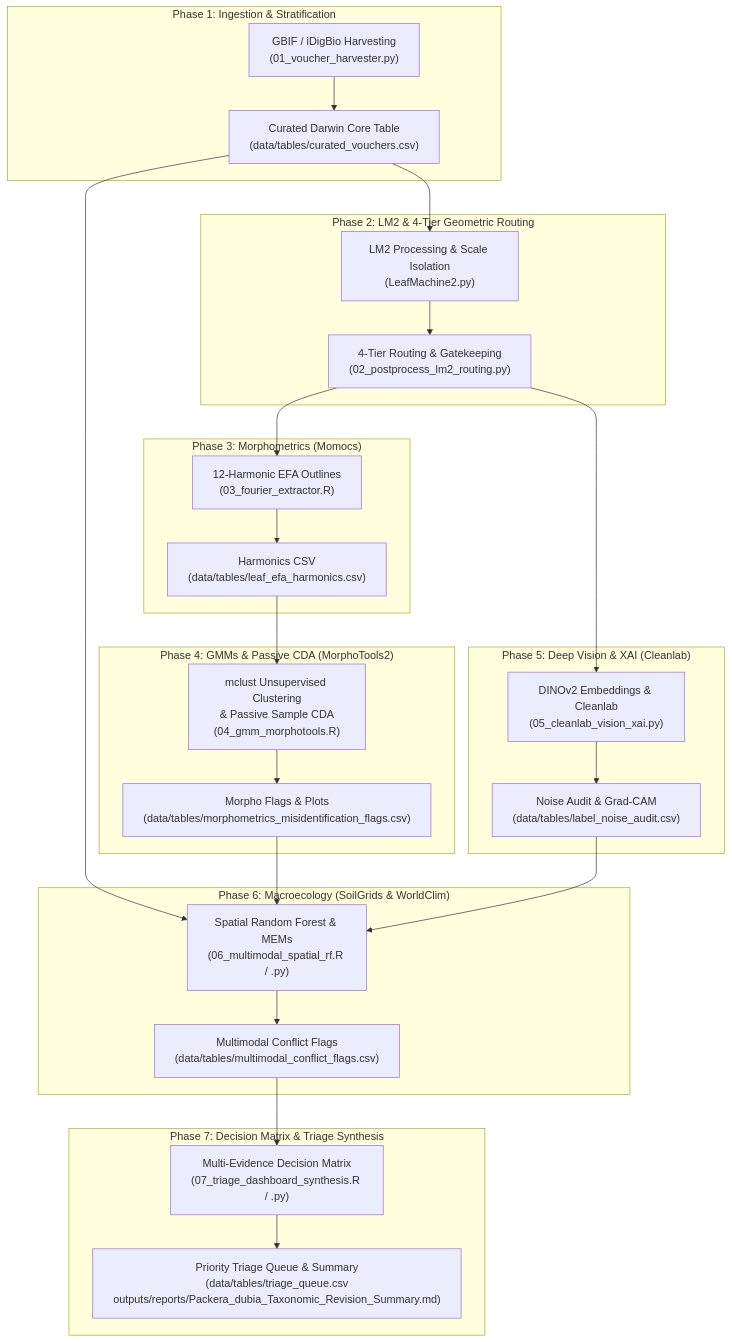
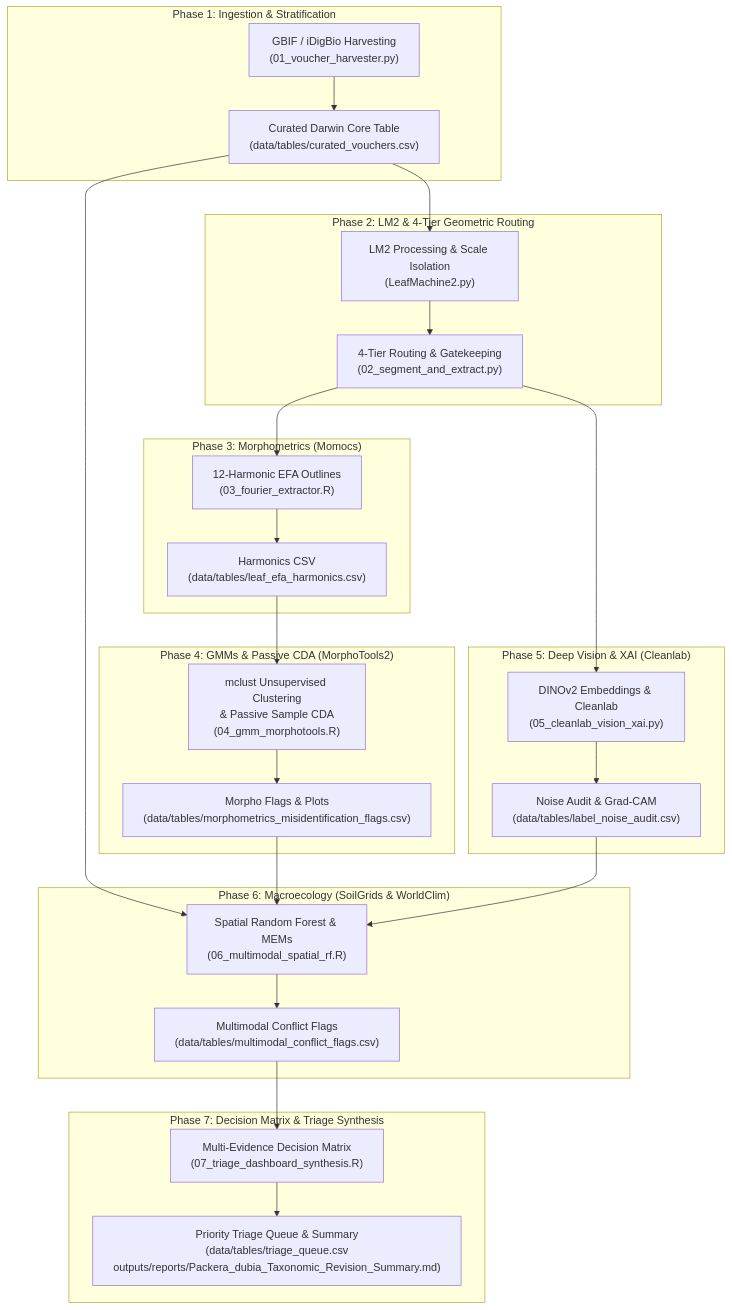
The diagram in docs/WORKFLOW_GUIDE.md (Plantatsrophe/Packera_dubia_morphometrics), drawn with Mermaid before and after one commit. The commit also changed other lines of this file and 3 other files, not shown here.

Commit message:
refactor: restructure repository scripts and documentation to support geometric calibration, phenology classification, and multi-evidence synthesis workflows

````diff
--- a/docs/WORKFLOW_GUIDE.md
+++ b/docs/WORKFLOW_GUIDE.md
@@ -111,36 +112,36 @@
 ```mermaid
 flowchart TD
     subgraph P1["Phase 1: Ingestion & Stratification"]
         A["GBIF / iDigBio Harvesting\n(01_voucher_harvester.py)"] --> B["Curated Darwin Core Table\n(data/tables/curated_vouchers.csv)"]
     end
 
     subgraph P2["Phase 2: LM2 & 4-Tier Geometric Routing"]
         B --> C["LM2 Processing & Scale Isolation\n(LeafMachine2.py)"]
-        C --> D["4-Tier Routing & Gatekeeping\n(02_postprocess_lm2_routing.py)"]
+        C --> D["4-Tier Routing & Gatekeeping\n(02_segment_and_extract.py)"]
     end
 
     subgraph P3["Phase 3: Morphometrics (Momocs)"]
         D --> E["12-Harmonic EFA Outlines\n(03_fourier_extractor.R)"]
         E --> F["Harmonics CSV\n(data/tables/leaf_efa_harmonics.csv)"]
     end
 
     subgraph P4["Phase 4: GMMs & Passive CDA (MorphoTools2)"]
         F --> G["mclust Unsupervised Clustering\n& Passive Sample CDA\n(04_gmm_morphotools.R)"]
         G --> H["Morpho Flags & Plots\n(data/tables/morphometrics_misidentification_flags.csv)"]
     end
 
     subgraph P5["Phase 5: Deep Vision & XAI (Cleanlab)"]
         D --> I["DINOv2 Embeddings & Cleanlab\n(05_cleanlab_vision_xai.py)"]
         I --> J["Noise Audit & Grad-CAM\n(data/tables/label_noise_audit.csv)"]
     end
 
     subgraph P6["Phase 6: Macroecology (SoilGrids & WorldClim)"]
-        B & H & J --> K["Spatial Random Forest & MEMs\n(06_multimodal_spatial_rf.R / .py)"]
+        B & H & J --> K["Spatial Random Forest & MEMs\n(06_multimodal_spatial_rf.R)"]
         K --> L["Multimodal Conflict Flags\n(data/tables/multimodal_conflict_flags.csv)"]
     end
 
     subgraph P7["Phase 7: Decision Matrix & Triage Synthesis"]
-        L --> M["Multi-Evidence Decision Matrix\n(07_triage_dashboard_synthesis.R / .py)"]
+        L --> M["Multi-Evidence Decision Matrix\n(07_triage_dashboard_synthesis.R)"]
         M --> N["Priority Triage Queue & Summary\n(data/tables/triage_queue.csv\noutputs/reports/Packera_dubia_Taxonomic_Revision_Summary.md)"]
     end
 ```
````
